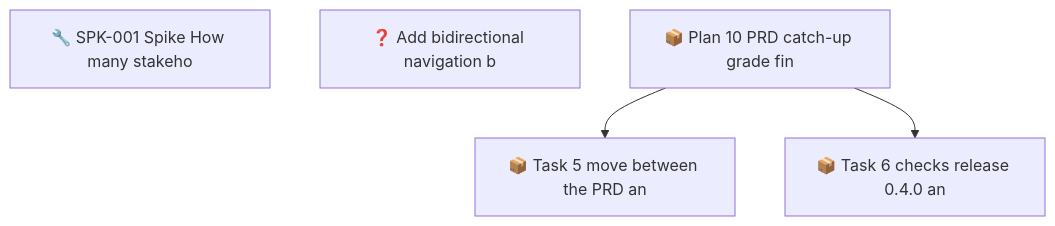
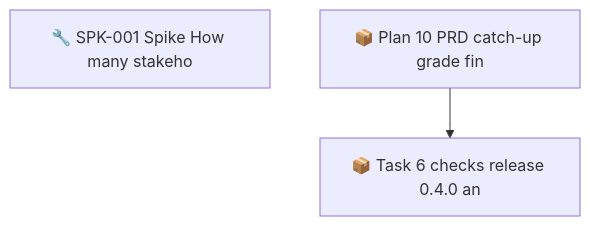
The second of 2 diagrams in docs/roadmap.md (SpillwaveSolutions/prd-forge-viewer), drawn with Mermaid before and after one commit. The commit also changed other lines of this file and 18 other files, not shown here.

First line of the commit message:
feat: move between a requirement and its backlog stories (FR-028)

````diff
--- a/docs/roadmap.md
+++ b/docs/roadmap.md
@@ -74,10 +65,7 @@
 ```mermaid
 graph TD
     01M61XNM9NY7F4D4V7400J56X9["🔧 SPK-001 Spike How many stakeho"]
-    01M67NFZH5C1HWH4SBC22ZVXMS["❓ Add bidirectional navigation b"]
     01M67NH4X4JGDJB233B670SJFF["📦 Plan 10 PRD catch-up grade fin"]
-    01M67NH4XPWE52APES54MYFEVA["📦 Task 5 move between the PRD an"]
     01M67NH4XPWE52APES54MYFEVC["📦 Task 6 checks release 0.4.0 an"]
-    01M67NH4X4JGDJB233B670SJFF --> 01M67NH4XPWE52APES54MYFEVA
     01M67NH4X4JGDJB233B670SJFF --> 01M67NH4XPWE52APES54MYFEVC
 ```
````
